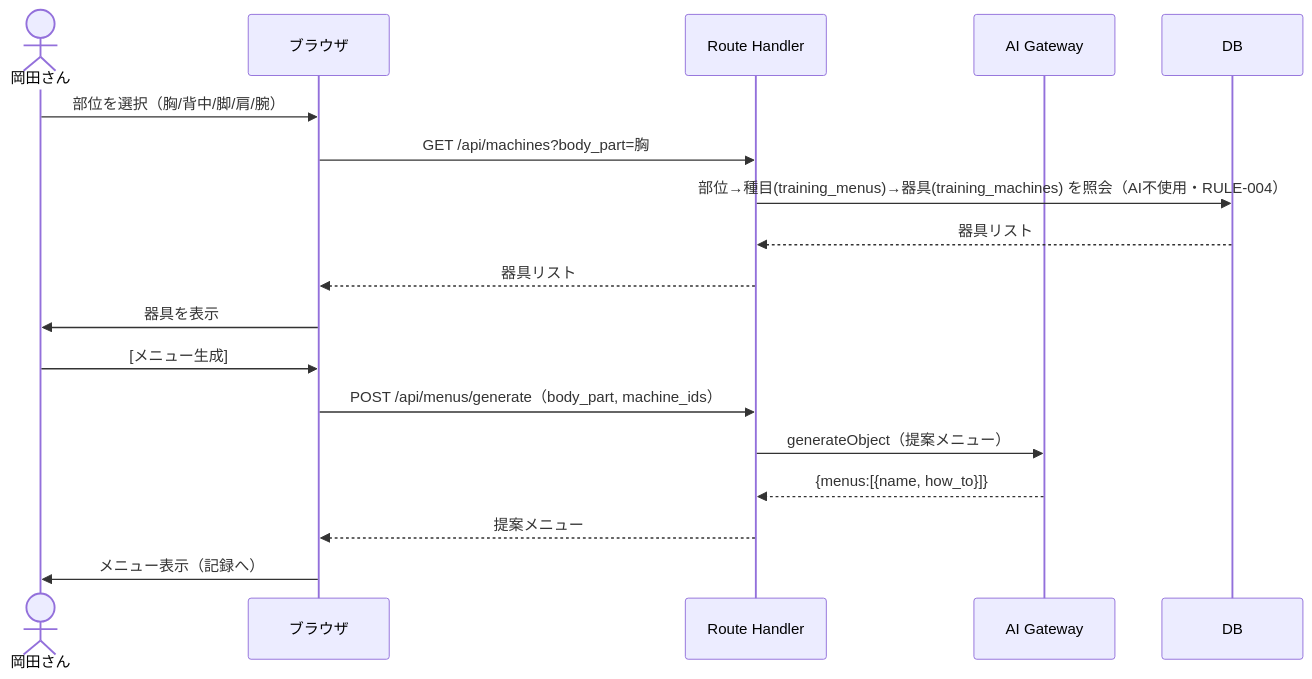
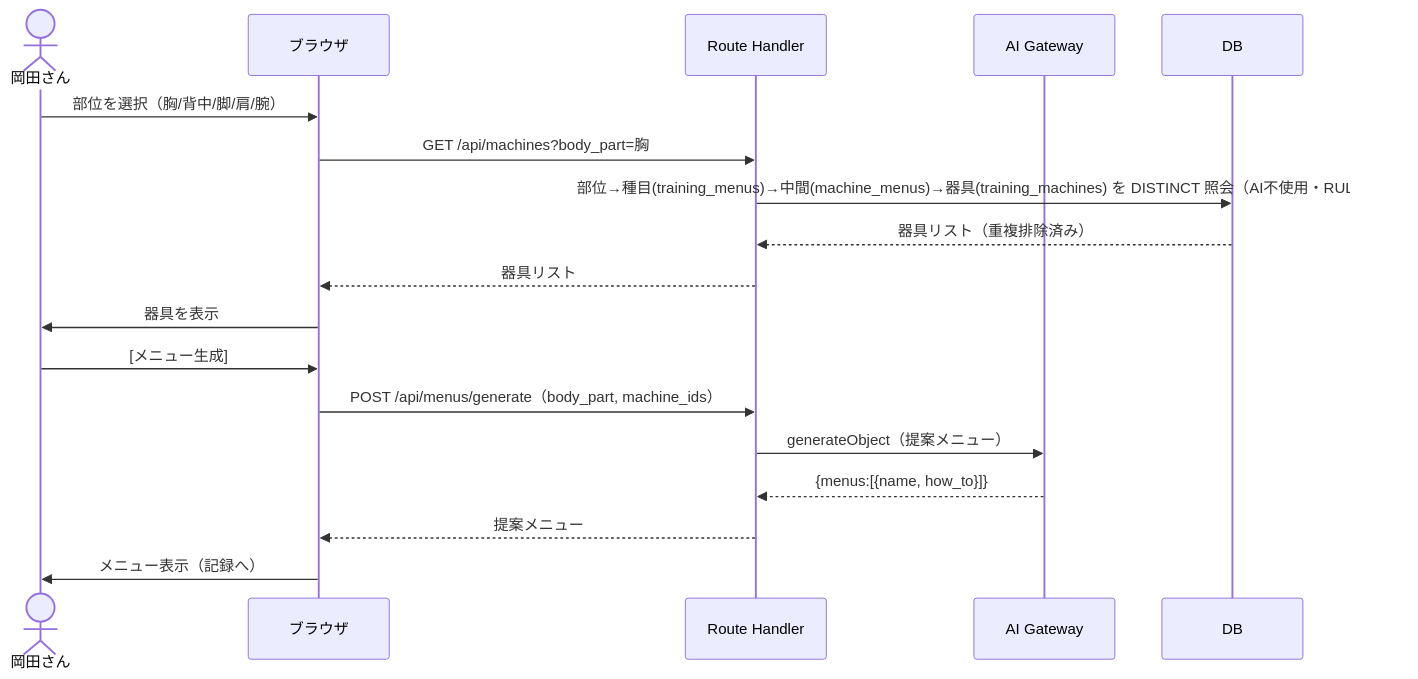
Before and after one commit to k-okada51/okada-fit: the second of 5 diagrams in docs/02_設計/40_機能設計/01_シーケンス設計.md, drawn with Mermaid. The commit also changed other lines of this file and 8 other files, not shown here.

````diff
--- a/docs/02_設計/40_機能設計/01_シーケンス設計.md
+++ b/docs/02_設計/40_機能設計/01_シーケンス設計.md
@@ -59,21 +59,21 @@
 ```mermaid
 sequenceDiagram
   actor U as 岡田さん
   participant B as ブラウザ
   participant S as Route Handler
   participant G as AI Gateway
   participant D as DB
 
   U->>B: 部位を選択（胸/背中/脚/肩/腕）
   B->>S: GET /api/machines?body_part=胸
-  S->>D: 部位→種目(training_menus)→器具(training_machines) を照会（AI不使用・RULE-004）
-  D-->>S: 器具リスト
+  S->>D: 部位→種目(training_menus)→中間(machine_menus)→器具(training_machines) を DISTINCT 照会（AI不使用・RULE-004）
+  D-->>S: 器具リスト（重複排除済み）
   S-->>B: 器具リスト
   B->>U: 器具を表示
   U->>B: [メニュー生成]
   B->>S: POST /api/menus/generate（body_part, machine_ids）
   S->>G: generateObject（提案メニュー）
   G-->>S: {menus:[{name, how_to}]}
   S-->>B: 提案メニュー
   B->>U: メニュー表示（記録へ）
 ```
````
